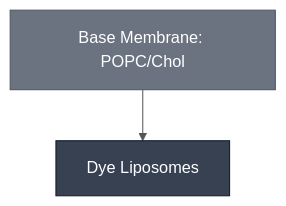
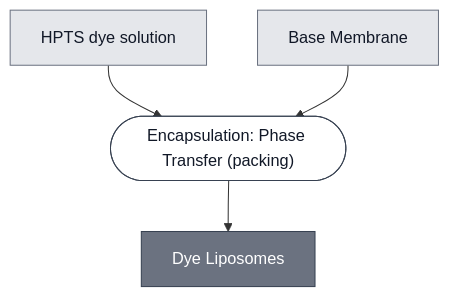
The diagram in docs/modules/dye-liposomes/spec.md (nucleus-eng/nucleus-docs), drawn with Mermaid before and after one commit. The commit also changed 7 other files, not shown here.

````diff
--- a/docs/modules/dye-liposomes/spec.md
+++ b/docs/modules/dye-liposomes/spec.md
@@ -21,16 +21,24 @@
 ```mermaid
-%%{init: {'theme': 'base', 'themeVariables': {'lineColor': '#555555', 'edgeLabelBackground': '#ffffff'}}}%%
 flowchart TD
+    HPTS["HPTS dye solution"]
+    MEMBRANE_POPC_CHOL["Base Membrane"]
+
+    P1_ENCAPSULATE_0(["Encapsulation: Phase Transfer (packing)"])
     DYE_LIPOSOMES["Dye Liposomes"]
-    MEMBRANE_POPC_CHOL["Base Membrane: POPC/Chol"]
 
-    MEMBRANE_POPC_CHOL --> DYE_LIPOSOMES
+    HPTS --> P1_ENCAPSULATE_0
+    MEMBRANE_POPC_CHOL --> P1_ENCAPSULATE_0
+    P1_ENCAPSULATE_0 --> DYE_LIPOSOMES
 
-    classDef constituent fill:#6B7280,color:#ffffff,stroke:#4B5563;
-    classDef this fill:#374151,color:#ffffff,stroke:#111827;
-    class MEMBRANE_POPC_CHOL constituent;
-    class DYE_LIPOSOMES this;
 
+    classDef leaf     fill:#e5e7eb,stroke:#6b7280,color:#111827;
+    classDef composed fill:#6b7280,stroke:#374151,color:#ffffff;
+    classDef process  fill:#ffffff,stroke:#374151,color:#111827;
+    class HPTS,MEMBRANE_POPC_CHOL leaf;
+    class DYE_LIPOSOMES composed;
+    class P1_ENCAPSULATE_0 process;
+
+    click MEMBRANE_POPC_CHOL "/docs/modules/membrane-popc-chol/spec"
+    click P1_ENCAPSULATE_0 "/docs/processes/assemble-base-cell/main"
     click DYE_LIPOSOMES "/docs/modules/dye-liposomes/spec"
-    click MEMBRANE_POPC_CHOL "/docs/modules/membrane-popc-chol/spec"
 ```
````
